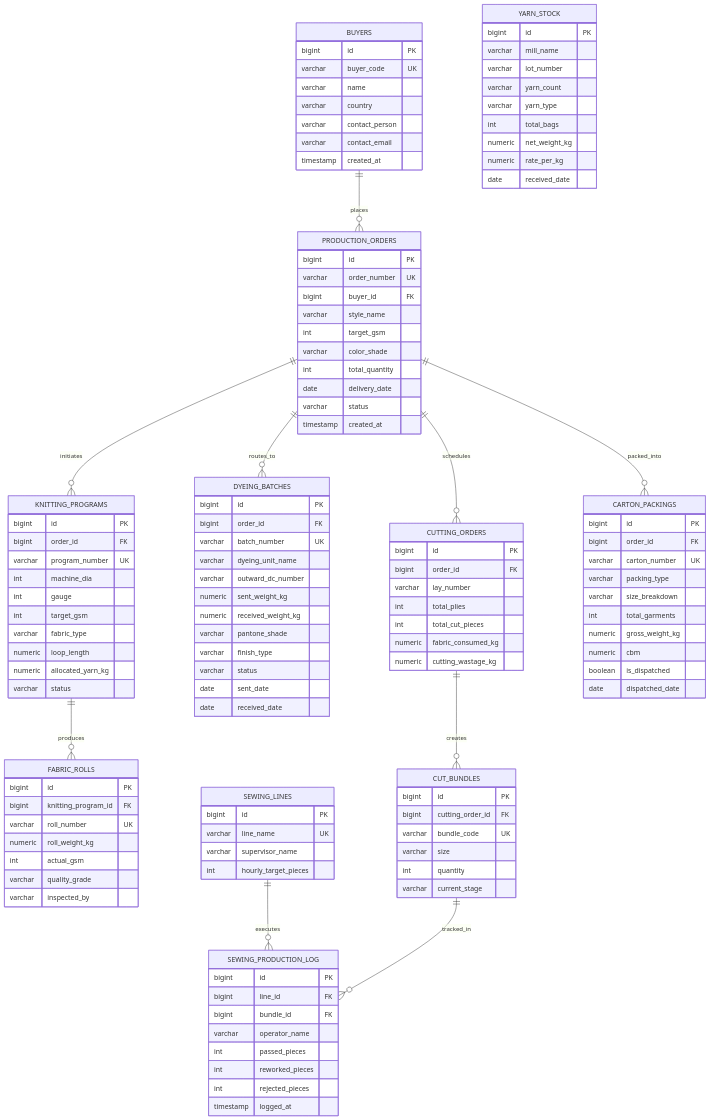
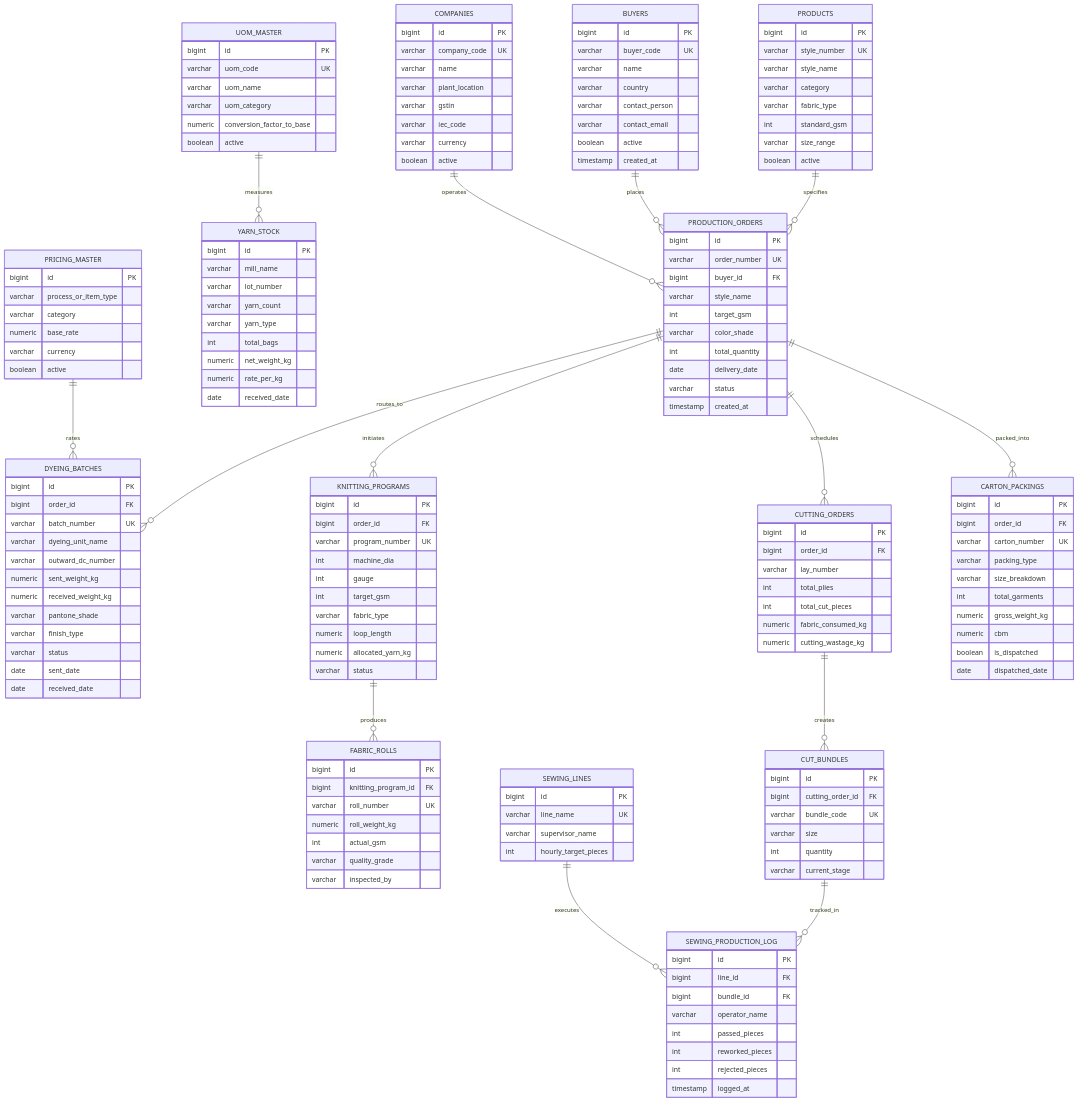
One commit to arunvjava/yarn-manager changed the third of 5 diagrams in README.md. Above: the diagram before and after it, drawn with Mermaid. The commit also changed other lines of this file, not shown here.

Commit message:
docs: update README with Master Data Hub, JWT security, collapsible UI, and workflow architecture

````diff
--- a/README.md
+++ b/README.md
@@ -62,6 +88,10 @@
 ```mermaid
 erDiagram
+    COMPANIES ||--o{ PRODUCTION_ORDERS : operates
     BUYERS ||--o{ PRODUCTION_ORDERS : places
+    PRODUCTS ||--o{ PRODUCTION_ORDERS : specifies
+    UOM_MASTER ||--o{ YARN_STOCK : measures
+    PRICING_MASTER ||--o{ DYEING_BATCHES : rates
     PRODUCTION_ORDERS ||--o{ KNITTING_PROGRAMS : initiates
     KNITTING_PROGRAMS ||--o{ FABRIC_ROLLS : produces
     PRODUCTION_ORDERS ||--o{ DYEING_BATCHES : routes_to
@@ -71,6 +101,46 @@
     CUT_BUNDLES ||--o{ SEWING_PRODUCTION_LOG : tracked_in
     PRODUCTION_ORDERS ||--o{ CARTON_PACKINGS : packed_into
 
+    COMPANIES {
+        bigint id PK
+        varchar company_code UK
+        varchar name
+        varchar plant_location
+        varchar gstin
+        varchar iec_code
+        varchar currency
+        boolean active
+    }
+
+    PRODUCTS {
+        bigint id PK
+        varchar style_number UK
+        varchar style_name
+        varchar category
+        varchar fabric_type
+        int standard_gsm
+        varchar size_range
+        boolean active
+    }
+
+    UOM_MASTER {
+        bigint id PK
+        varchar uom_code UK
+        varchar uom_name
+        varchar uom_category
+        numeric conversion_factor_to_base
+        boolean active
+    }
+
+    PRICING_MASTER {
+        bigint id PK
+        varchar process_or_item_type
+        varchar category
+        numeric base_rate
+        varchar currency
+        boolean active
+    }
+
     BUYERS {
         bigint id PK
         varchar buyer_code UK
@@ -78,6 +148,7 @@
         varchar country
         varchar contact_person
         varchar contact_email
+        boolean active
         timestamp created_at
     }
 
````
